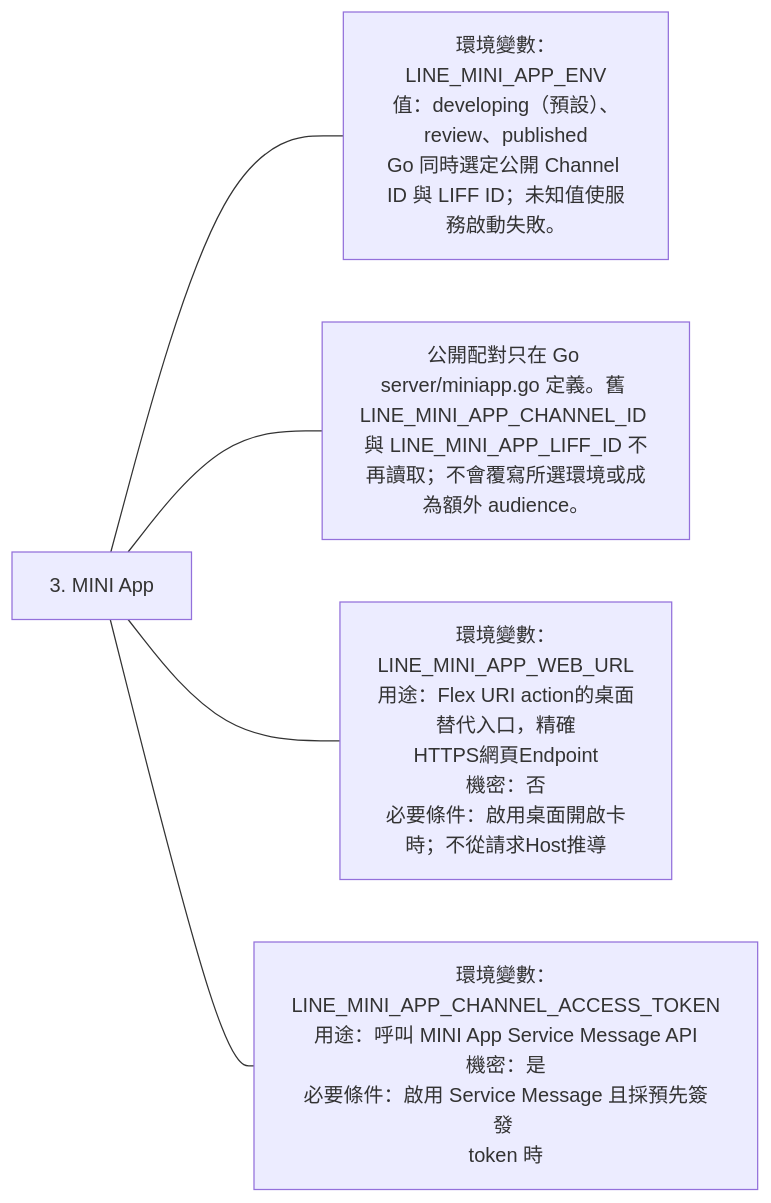
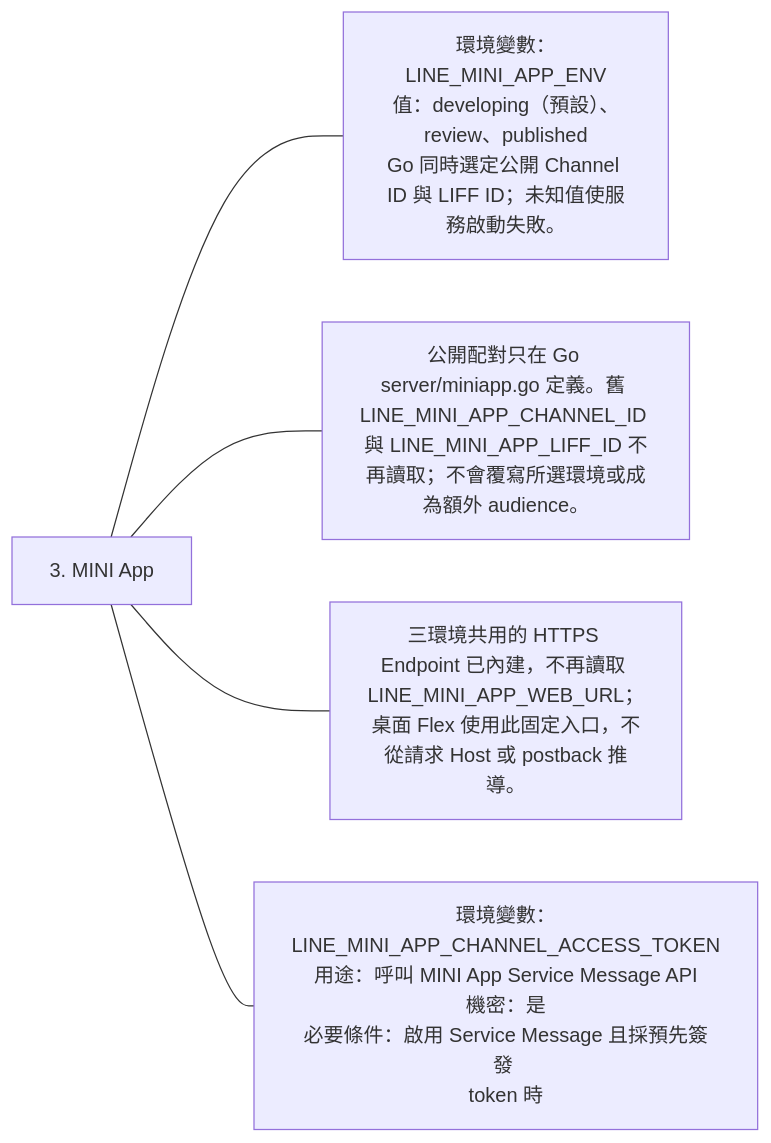
Before and after one commit to 963sup/line-mini-app-bot: the sixth of 9 diagrams in docs/architecture/integrations/line-environment.md, drawn with Mermaid. The commit also changed other lines of this file and 6 other files, not shown here.

First line of the commit message:
refactor(miniapp): use the shared fixed public web endpoint (#30)

````diff
--- a/docs/architecture/integrations/line-environment.md
+++ b/docs/architecture/integrations/line-environment.md
@@ -45,8 +45,8 @@
 ```mermaid
 flowchart LR
   h["3. MINI App"]
   h --- n0["環境變數：LINE_MINI_APP_ENV<br/>值：developing（預設）、review、published<br/>Go 同時選定公開 Channel ID 與 LIFF ID；未知值使服務啟動失敗。"]
   h --- n1["公開配對只在 Go server/miniapp.go 定義。舊 LINE_MINI_APP_CHANNEL_ID 與 LINE_MINI_APP_LIFF_ID 不再讀取；不會覆寫所選環境或成為額外 audience。"]
-  h --- n2["環境變數：LINE_MINI_APP_WEB_URL<br/>用途：Flex URI action的桌面替代入口，精確<br/>HTTPS網頁Endpoint<br/>機密：否<br/>必要條件：啟用桌面開啟卡時；不從請求Host推導"]
+  h --- n2["三環境共用的 HTTPS Endpoint 已內建，不再讀取 LINE_MINI_APP_WEB_URL；桌面 Flex 使用此固定入口，不從請求 Host 或 postback 推導。"]
   h --- n3["環境變數：LINE_MINI_APP_CHANNEL_ACCESS_TOKEN<br/>用途：呼叫 MINI App Service Message API<br/>機密：是<br/>必要條件：啟用 Service Message 且採預先簽發 <br/>token 時"]
 ```
````
